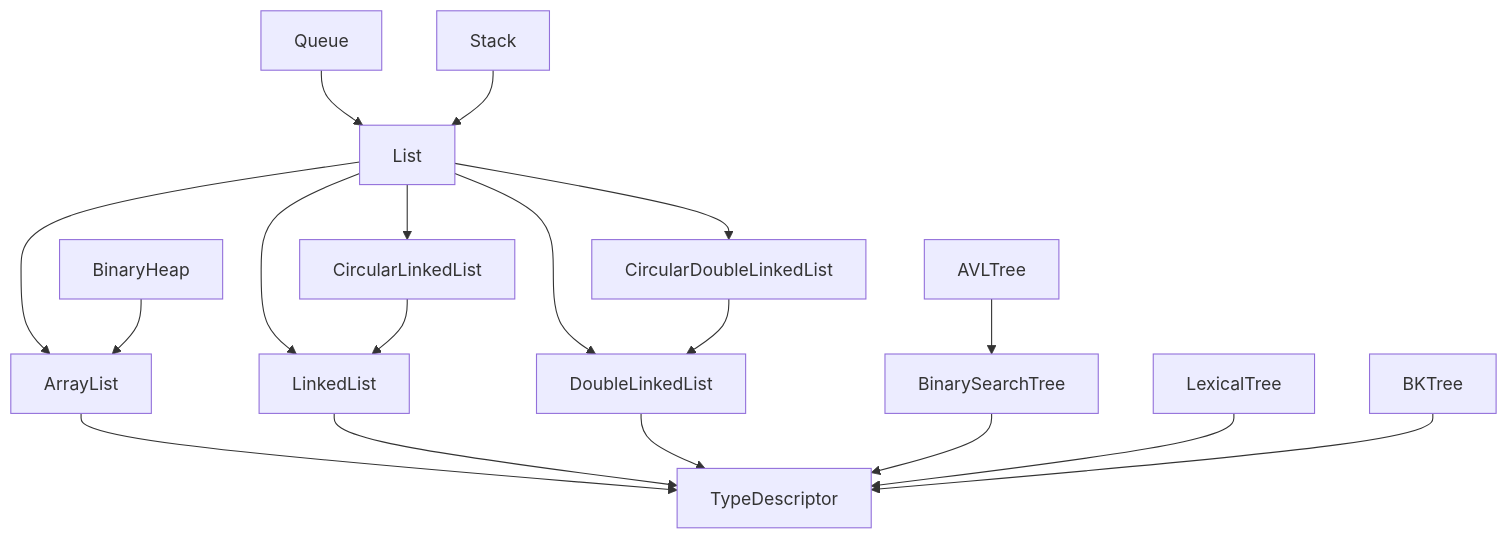
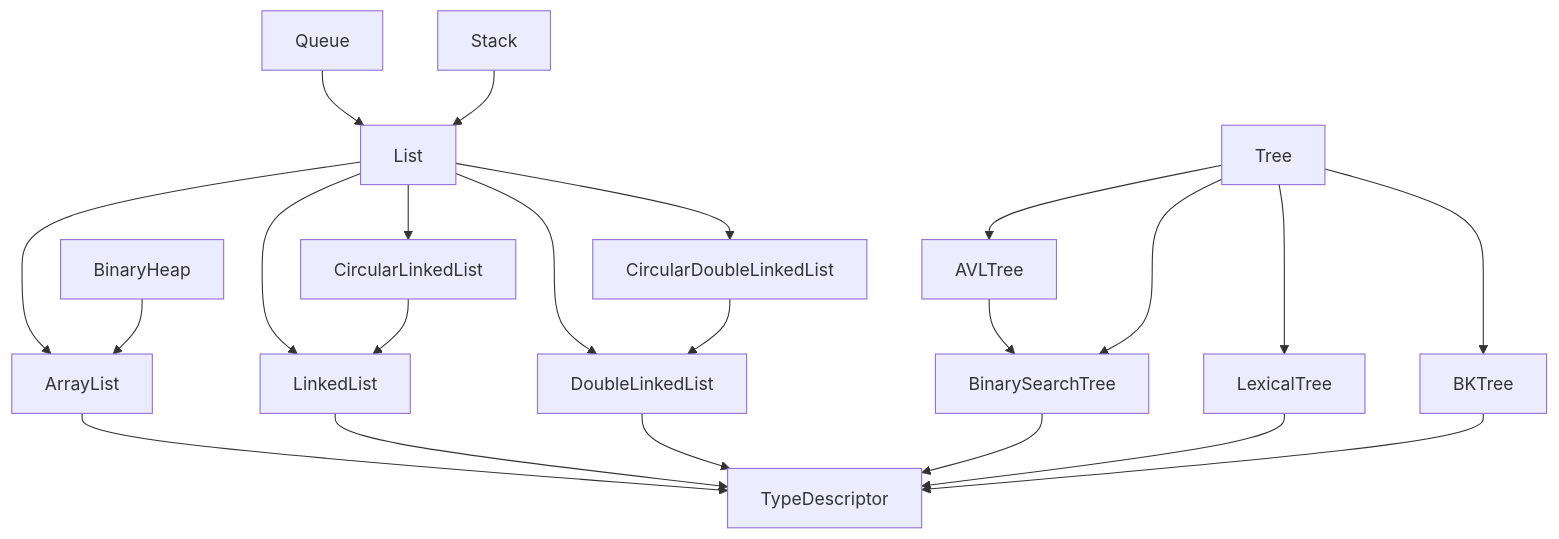
The seventh of 8 diagrams in README.md (4nt0ineB/MyLittleCLibrary), drawn with Mermaid before and after one commit.

````diff
--- a/README.md
+++ b/README.md
@@ -444,22 +444,26 @@
 ```mermaid
 flowchart  TB
 	 
 	ArrayList --> TypeDescriptor
 	LinkedList --> TypeDescriptor
 	DoubleLinkedList --> TypeDescriptor
 	
 	List --> ArrayList
 	List --> LinkedList 
 	List --> CircularLinkedList --> LinkedList
 	List --> DoubleLinkedList 
 	List --> CircularDoubleLinkedList --> DoubleLinkedList
 	
 	BinaryHeap --> ArrayList
 	Queue --> List
 	Stack --> List
 	
 	AVLTree --> BinarySearchTree --> TypeDescriptor
 	LexicalTree --> TypeDescriptor
 	BKTree --> TypeDescriptor
+	Tree --> BinarySearchTree
+	Tree --> AVLTree
+	Tree --> LexicalTree
+	Tree --> BKTree
 	
 ```
````
